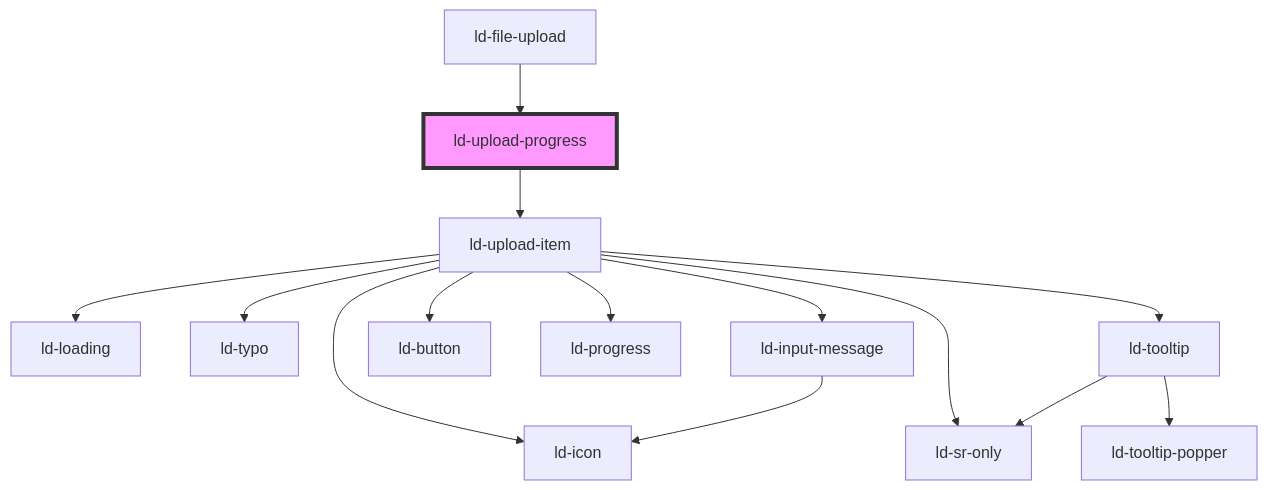
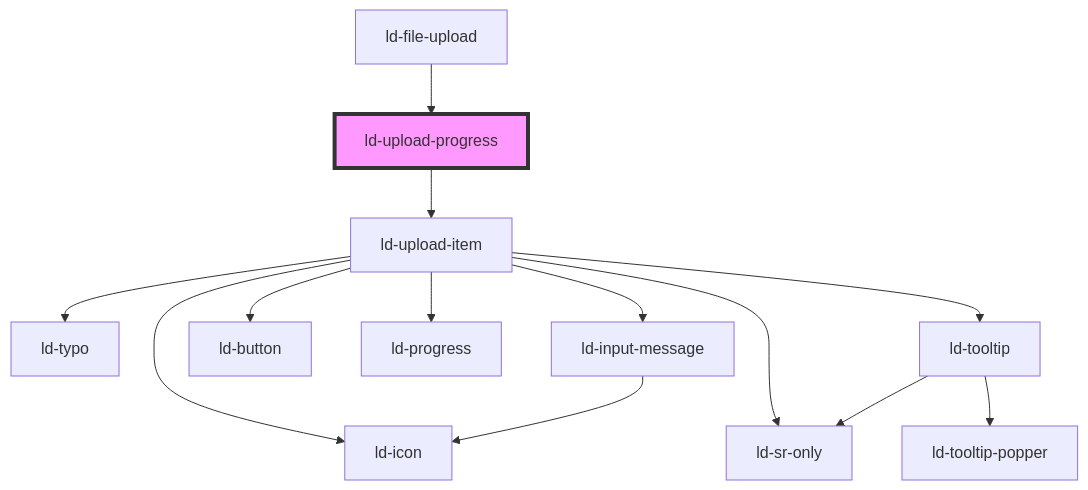
The diagram in src/liquid/components/ld-file-upload/ld-upload-progress/readme.md (emdgroup-liquid/liquid), drawn with Mermaid before and after one commit. The commit also changed other lines of this file and 19 other files, not shown here.

````diff
--- a/src/liquid/components/ld-file-upload/ld-upload-progress/readme.md
+++ b/src/liquid/components/ld-file-upload/ld-upload-progress/readme.md
@@ -48,17 +48,16 @@
 ```mermaid
 graph TD;
   ld-upload-progress --> ld-upload-item
   ld-upload-item --> ld-icon
-  ld-upload-item --> ld-loading
   ld-upload-item --> ld-typo
   ld-upload-item --> ld-tooltip
   ld-upload-item --> ld-button
   ld-upload-item --> ld-sr-only
   ld-upload-item --> ld-progress
   ld-upload-item --> ld-input-message
   ld-tooltip --> ld-sr-only
   ld-tooltip --> ld-tooltip-popper
   ld-input-message --> ld-icon
   ld-file-upload --> ld-upload-progress
   style ld-upload-progress fill:#f9f,stroke:#333,stroke-width:4px
 ```
````
